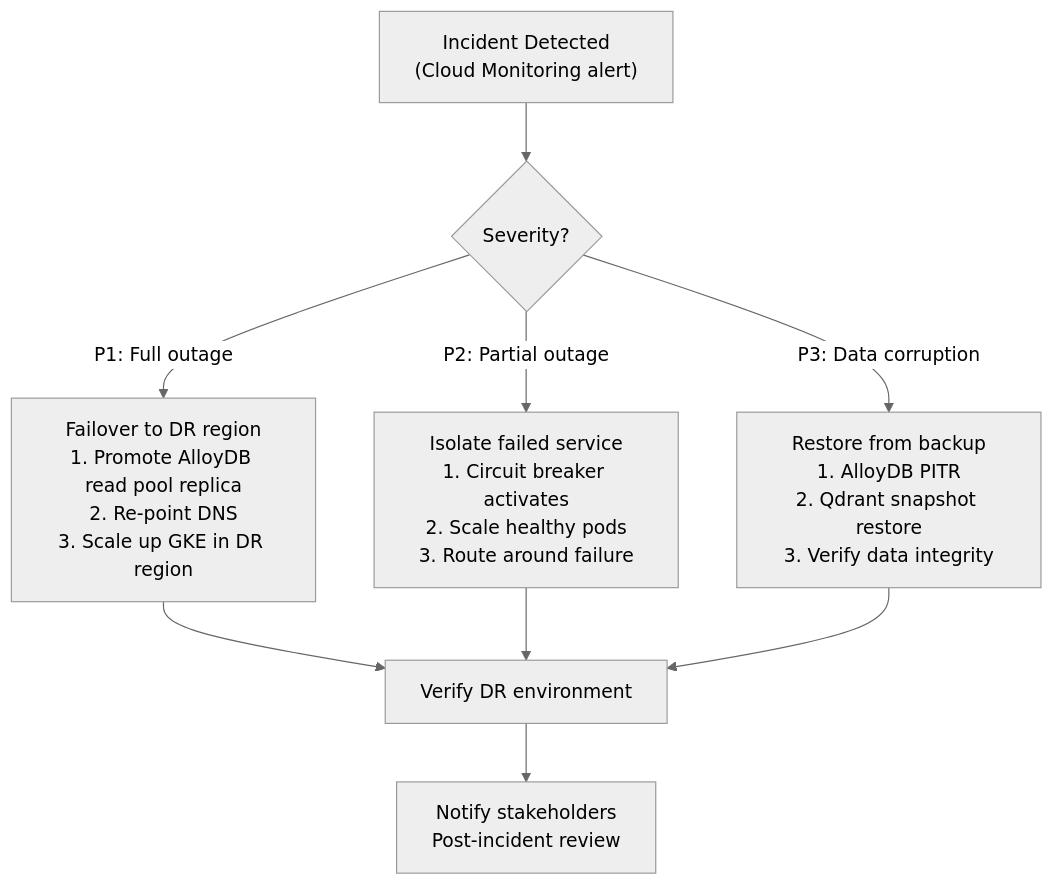
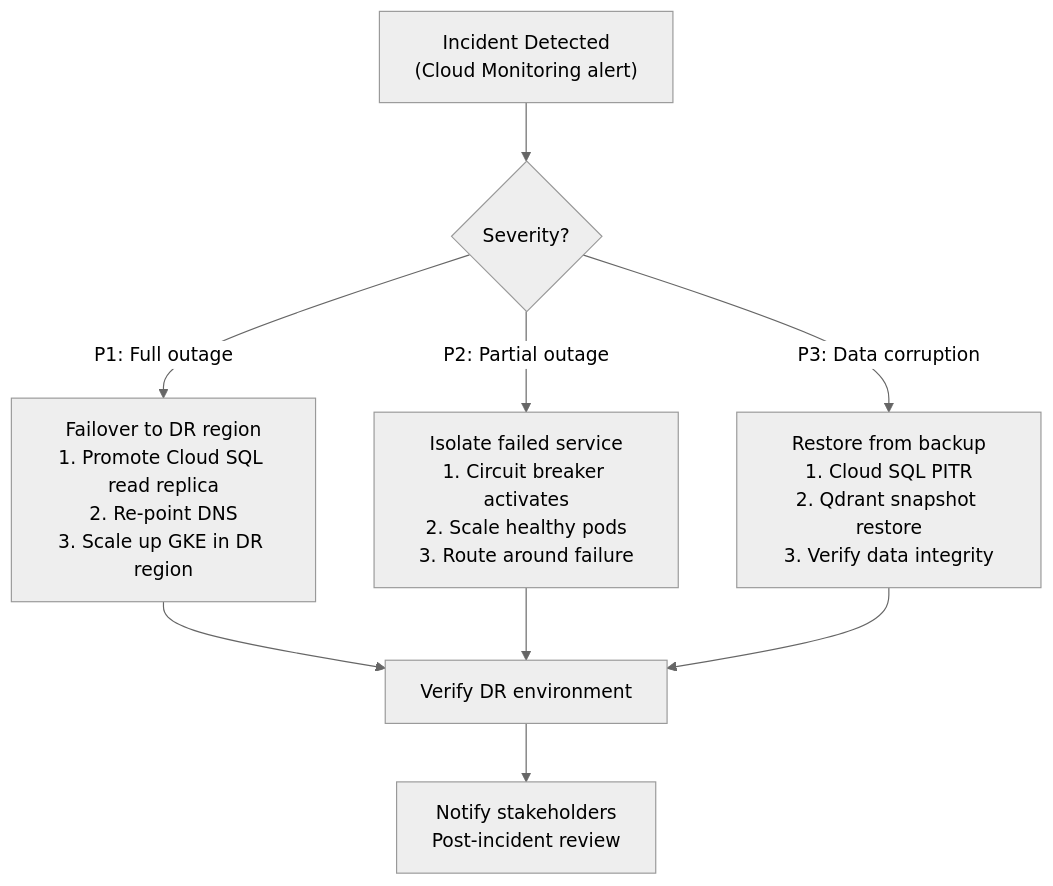
One commit to Nexus-chat-5039/Nexus-chat changed diagram 18 of 24 in ARCHITECTURE.md. Above: the diagram before and after it, drawn with Mermaid (neutral theme). The commit also changed other lines of this file and 38 other files, not shown here.

Commit message:
feat: implement minimal architecture with custom JWT auth

````diff
--- a/ARCHITECTURE.md
+++ b/ARCHITECTURE.md
@@ -1237,11 +1349,11 @@
 ```mermaid
 flowchart TD
     DETECT["Incident Detected\n(Cloud Monitoring alert)"] --> ASSESS{"Severity?"}
-    ASSESS -->|P1: Full outage| FAILOVER["Failover to DR region\n1. Promote AlloyDB read pool replica\n2. Re-point DNS\n3. Scale up GKE in DR region"]
+    ASSESS -->|P1: Full outage| FAILOVER["Failover to DR region\n1. Promote Cloud SQL read replica\n2. Re-point DNS\n3. Scale up GKE in DR region"]
     ASSESS -->|P2: Partial outage| ISOLATE["Isolate failed service\n1. Circuit breaker activates\n2. Scale healthy pods\n3. Route around failure"]
-    ASSESS -->|P3: Data corruption| RESTORE["Restore from backup\n1. AlloyDB PITR\n2. Qdrant snapshot restore\n3. Verify data integrity"]
+    ASSESS -->|P3: Data corruption| RESTORE["Restore from backup\n1. Cloud SQL PITR\n2. Qdrant snapshot restore\n3. Verify data integrity"]
     FAILOVER --> VERIFY["Verify DR environment"]
     ISOLATE --> VERIFY
     RESTORE --> VERIFY
     VERIFY --> NOTIFY["Notify stakeholders\nPost-incident review"]
 ```
````
